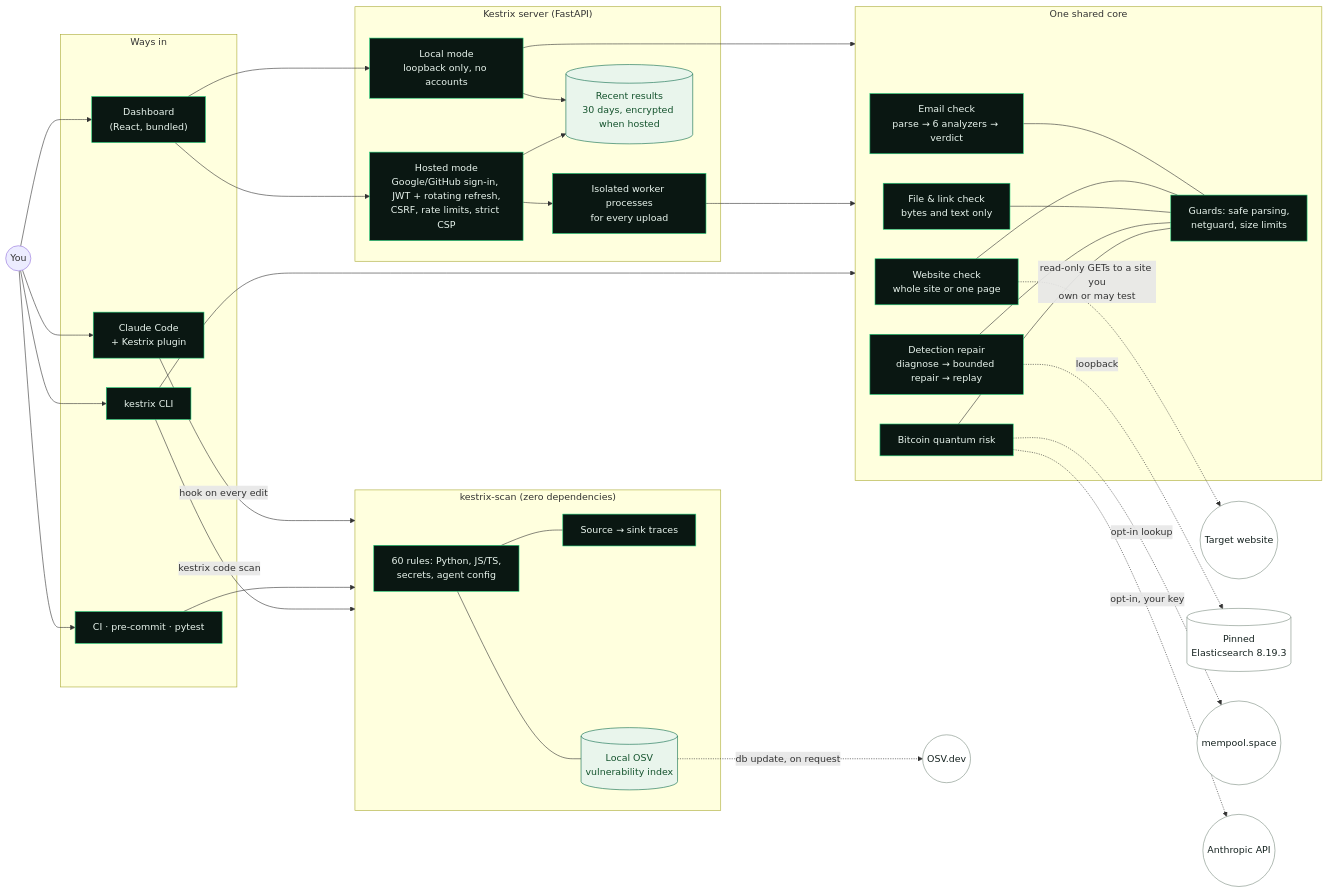
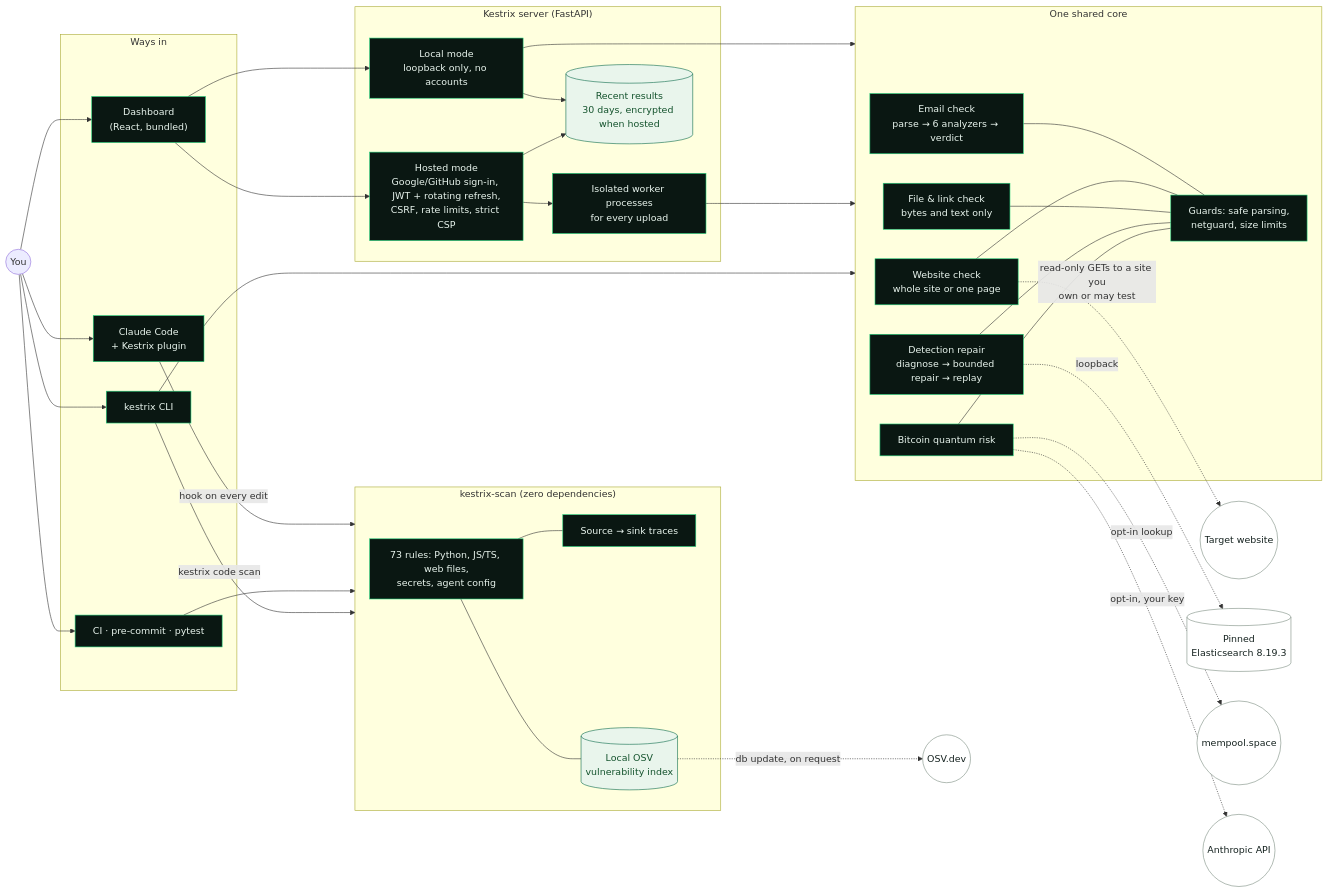
One commit to Ruthvik-Bandari/kestrix changed the diagram in README.md. Above: the diagram before and after it, drawn with Mermaid. The commit also changed 69 other files, not shown here.

````diff
--- a/README.md
+++ b/README.md
@@ -379,59 +379,59 @@
 ```mermaid
 flowchart LR
   you(("You"))
 
   subgraph entry["Ways in"]
     cli["kestrix CLI"]
     ui["Dashboard<br/>(React, bundled)"]
     cc["Claude Code<br/>+ Kestrix plugin"]
     ci["CI · pre-commit · pytest"]
   end
 
   subgraph server["Kestrix server (FastAPI)"]
     local["Local mode<br/>loopback only, no accounts"]
     hosted["Hosted mode<br/>Google/GitHub sign-in, JWT + rotating refresh,<br/>CSRF, rate limits, strict CSP"]
     iso["Isolated worker processes<br/>for every upload"]
     hist[("Recent results<br/>30 days, encrypted when hosted")]
   end
 
   subgraph core["One shared core"]
     mail["Email check<br/>parse → 6 analyzers → verdict"]
     web["Website check<br/>whole site or one page"]
     foren["File & link check<br/>bytes and text only"]
     det["Detection repair<br/>diagnose → bounded repair → replay"]
     btc["Bitcoin quantum risk"]
     guard["Guards: safe parsing,<br/>netguard, size limits"]
   end
 
   subgraph scanner["kestrix-scan (zero dependencies)"]
-    rules["60 rules: Python, JS/TS,<br/>secrets, agent config"]
+    rules["73 rules: Python, JS/TS, web files,<br/>secrets, agent config"]
     taint["Source → sink traces"]
     osv[("Local OSV<br/>vulnerability index")]
   end
 
   you --> cli & ui & cc & ci
   ui --> local & hosted
   hosted --> iso
   local & iso --> core
   cli --> core
   local & hosted --> hist
   cc -->|"hook on every edit"| scanner
   ci --> scanner
   cli -->|"kestrix code scan"| scanner
   rules --- taint
   rules --- osv
   mail & web & foren & det & btc --- guard
 
   web -.->|"read-only GETs to a site you<br/>own or may test"| site((Target website))
   det -.->|"loopback"| es[("Pinned<br/>Elasticsearch 8.19.3")]
   btc -.->|"opt-in lookup"| mempool((mempool.space))
   btc -.->|"opt-in, your key"| anthropic((Anthropic API))
   osv -.->|"db update, on request"| osvnet((OSV.dev))
 
   classDef zone fill:#0a1712,stroke:#1fd17a,color:#e9f5ee
   classDef ext fill:#ffffff,stroke:#7d8d82,color:#162320
   classDef store fill:#e9f5ec,stroke:#0c6b4b,color:#14532d
   class cli,ui,cc,ci,local,hosted,iso,mail,web,foren,det,btc,guard,rules,taint zone
   class site,es,mempool,anthropic,osvnet ext
   class hist,osv store
 ```
````
